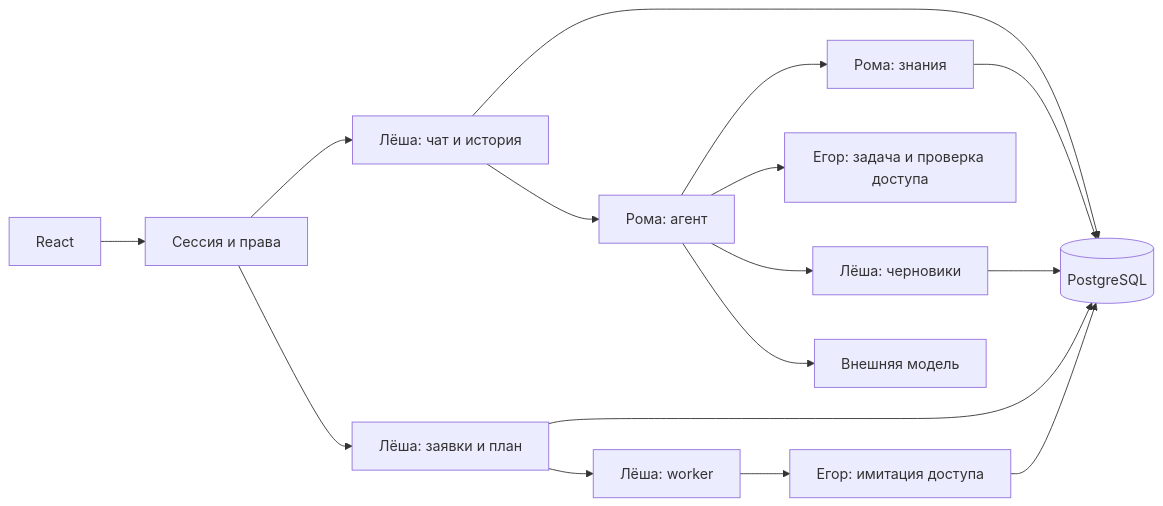
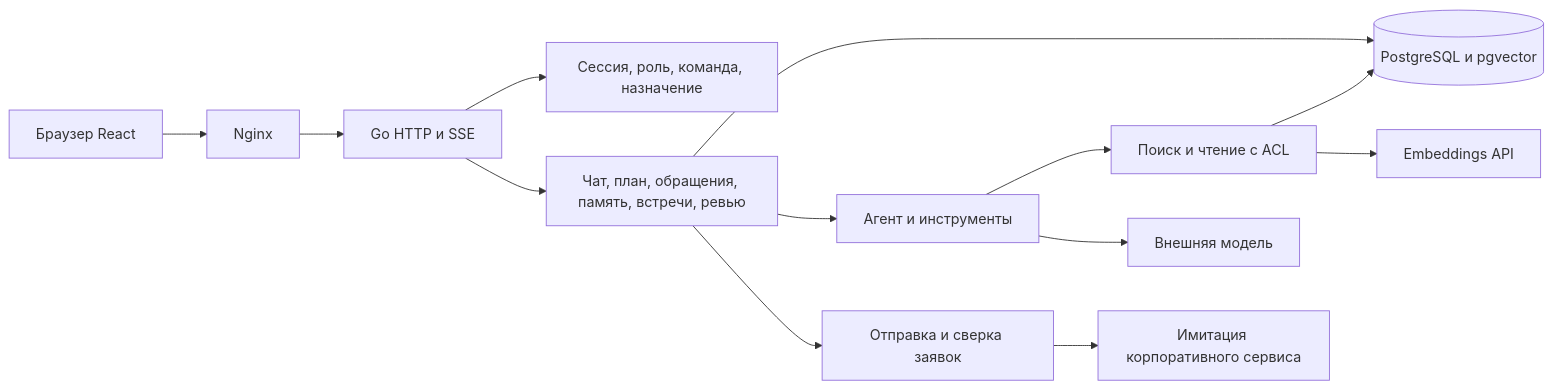
Before and after one commit to Edyavna/AI-buddy: the diagram in docs/backend/architecture.md, drawn with Mermaid. The commit also changed other lines of this file and 12 other files, not shown here.

````diff
--- a/docs/backend/architecture.md
+++ b/docs/backend/architecture.md
@@ -13,18 +13,15 @@
 ```mermaid
 flowchart LR
-  UI[React] --> HTTP[Сессия и права]
-  HTTP --> Chat[Лёша: чат и история]
-  HTTP --> Requests[Лёша: заявки и план]
-  Chat --> Agent[Рома: агент]
-  Agent --> Knowledge[Рома: знания]
-  Agent --> Drafts[Лёша: черновики]
-  Agent --> Read[Егор: задача и проверка доступа]
-  Requests --> Worker[Лёша: worker]
-  Worker --> External[Егор: имитация доступа]
-  Chat --> DB[(PostgreSQL)]
-  Knowledge --> DB
-  Drafts --> DB
-  Requests --> DB
-  External --> DB
+  User[Браузер React] --> Proxy[Nginx]
+  Proxy --> API[Go HTTP и SSE]
+  API --> Auth[Сессия, роль, команда, назначение]
+  API --> Modules[Чат, план, обращения, память, встречи, ревью]
+  Modules --> DB[(PostgreSQL и pgvector)]
+  Modules --> Agent[Агент и инструменты]
+  Agent --> Search[Поиск и чтение с ACL]
+  Search --> DB
   Agent --> LLM[Внешняя модель]
+  Search --> Embeddings[Embeddings API]
+  Modules --> Worker[Отправка и сверка заявок]
+  Worker --> Demo[Имитация корпоративного сервиса]
 ```
````
